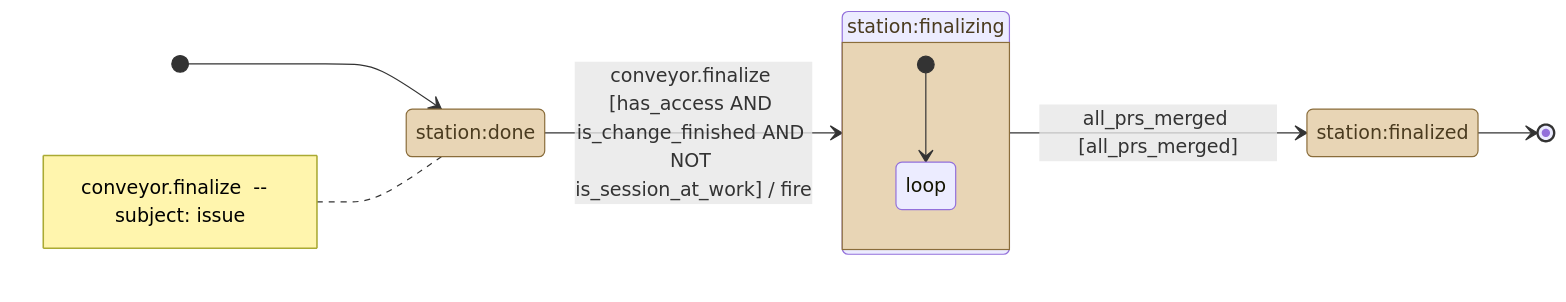
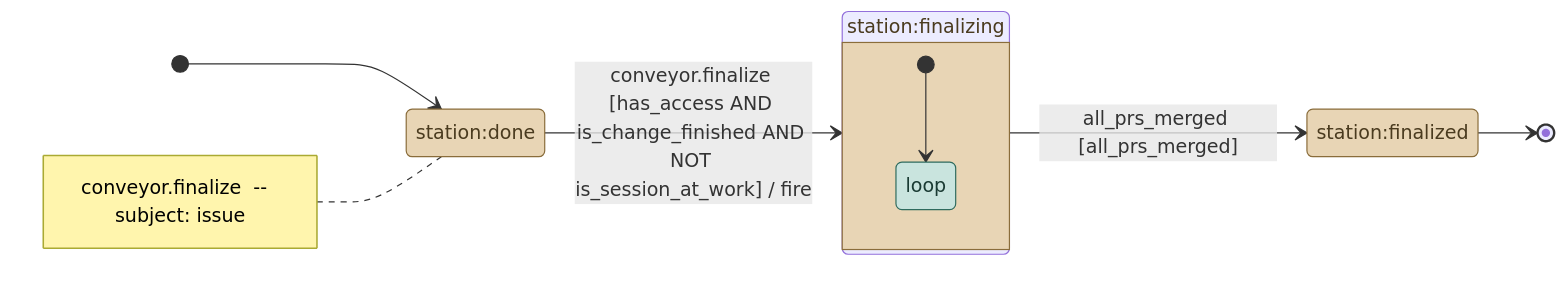
The diagram in .github/conveyor-model/mermaid/conveyor_finalize.mmd (kostiantyn-matsebora/agent-ops-operator), drawn with Mermaid before and after one commit. The commit also changed 14 other files, not shown here.

```diff
--- a/.github/conveyor-model/mermaid/conveyor_finalize.mmd
+++ b/.github/conveyor-model/mermaid/conveyor_finalize.mmd
@@ -1,19 +1,20 @@
 stateDiagram-v2
     direction LR
     [*] --> station_done
     note left of station_done
         conveyor.finalize  --  subject: issue
     end note
     classDef stationState fill:#e8d5b5,stroke:#8a6d3b,color:#4a3b1f
     classDef loopState fill:#c9e4de,stroke:#2f6b5e,color:#1a3b33
     state "station:done" as station_done
     state "station:finalizing" as station_finalizing
     state "station:finalized" as station_finalized
     station_done --> station_finalizing : conveyor.finalize [has_access AND is_change_finished AND NOT is_session_at_work] / fire
     station_finalizing --> station_finalized : all_prs_merged [all_prs_merged]
     station_finalized --> [*]
     class station_done, station_finalizing, station_finalized stationState
     state station_finalizing {
         [*] --> station_finalizing__loop
         state "loop" as station_finalizing__loop
     }
+    class station_finalizing__loop loopState
```
